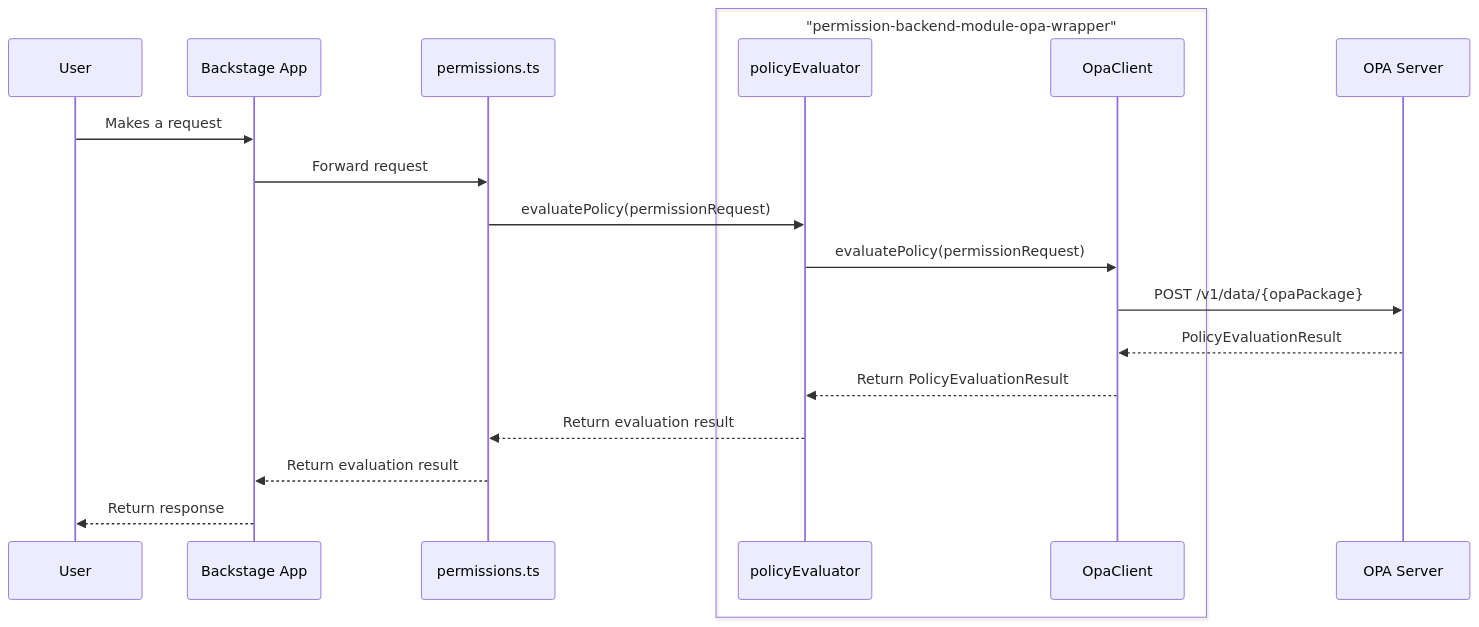
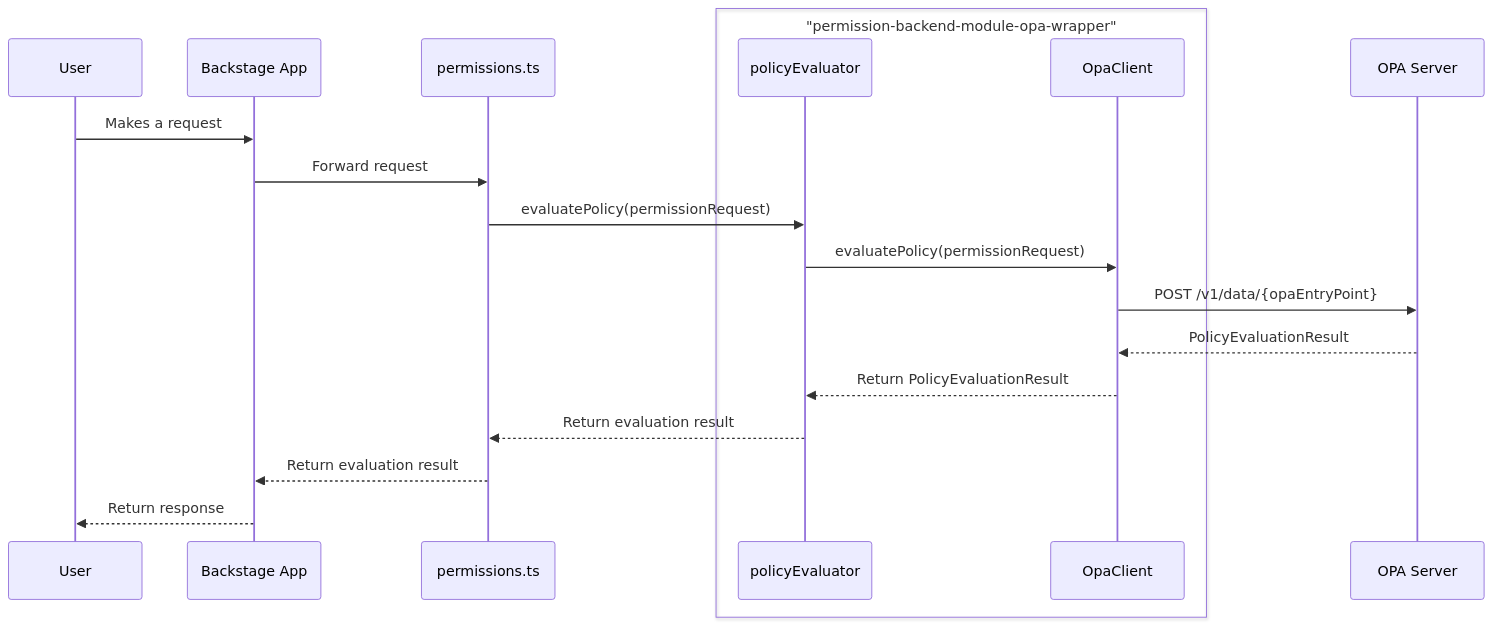
The second of 3 diagrams in docs/opa-plugins-architecture.md (Parsifal-M/backstage-opa-plugins), drawn with Mermaid before and after one commit. The commit also changed other lines of this file and 8 other files, not shown here.

````diff
--- a/docs/opa-plugins-architecture.md
+++ b/docs/opa-plugins-architecture.md
@@ -21,22 +21,22 @@
 ```mermaid
 sequenceDiagram
     participant User
     participant Backstage App
     participant permissions.ts
     box "permission-backend-module-opa-wrapper"
         participant policyEvaluator
         participant OpaClient
     end
     participant OPA Server
 
     User->>Backstage App: Makes a request
     Backstage App->>permissions.ts: Forward request
     permissions.ts->>policyEvaluator: evaluatePolicy(permissionRequest)
     policyEvaluator->>OpaClient: evaluatePolicy(permissionRequest)
-    OpaClient->>OPA Server: POST /v1/data/{opaPackage}
+    OpaClient->>OPA Server: POST /v1/data/{opaEntryPoint}
     OPA Server-->>OpaClient: PolicyEvaluationResult
     OpaClient-->>policyEvaluator: Return PolicyEvaluationResult
     policyEvaluator-->>permissions.ts: Return evaluation result
     permissions.ts-->>Backstage App: Return evaluation result
     Backstage App-->>User: Return response
 ```
````
